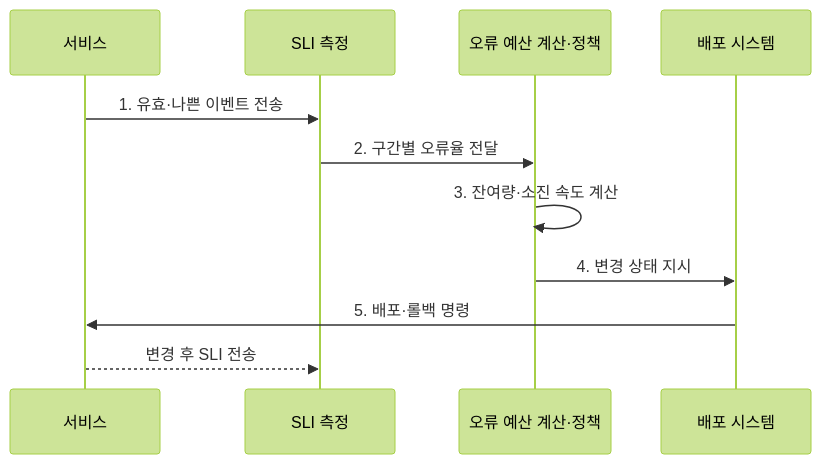
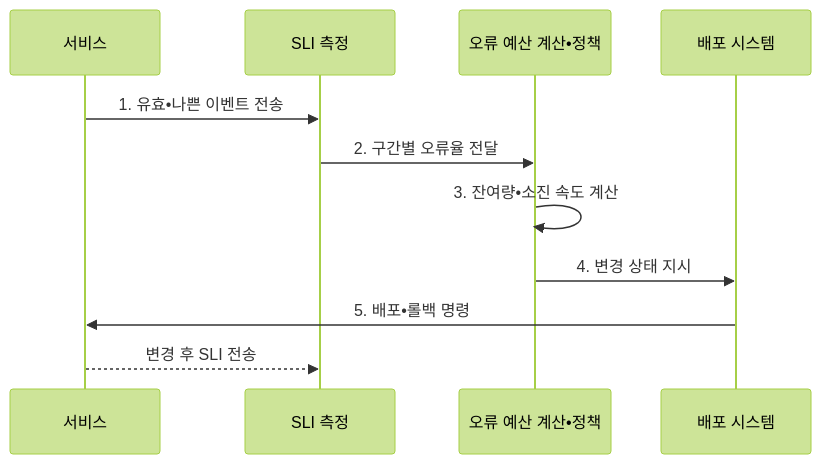
One commit to agnusdei1207/knowledge-base changed the second of 2 diagrams in src/content/docs/notes/03-software/166_error_budget.md. Above: the diagram before and after it, drawn with Mermaid (forest theme). The commit also changed other lines of this file and 953 other files, not shown here.

````diff
--- a/src/content/docs/notes/03-software/166_error_budget.md
+++ b/src/content/docs/notes/03-software/166_error_budget.md
@@ -113,13 +113,13 @@
 ```mermaid
 sequenceDiagram
     participant S as 서비스
     participant M as SLI 측정
-    participant P as 오류 예산 계산·정책
+    participant P as 오류 예산 계산•정책
     participant D as 배포 시스템
-    S->>M: 1. 유효·나쁜 이벤트 전송
+    S->>M: 1. 유효•나쁜 이벤트 전송
     M->>P: 2. 구간별 오류율 전달
-    P->>P: 3. 잔여량·소진 속도 계산
+    P->>P: 3. 잔여량•소진 속도 계산
     P->>D: 4. 변경 상태 지시
-    D->>S: 5. 배포·롤백 명령
+    D->>S: 5. 배포•롤백 명령
     S-->>M: 변경 후 SLI 전송
 ```
````
